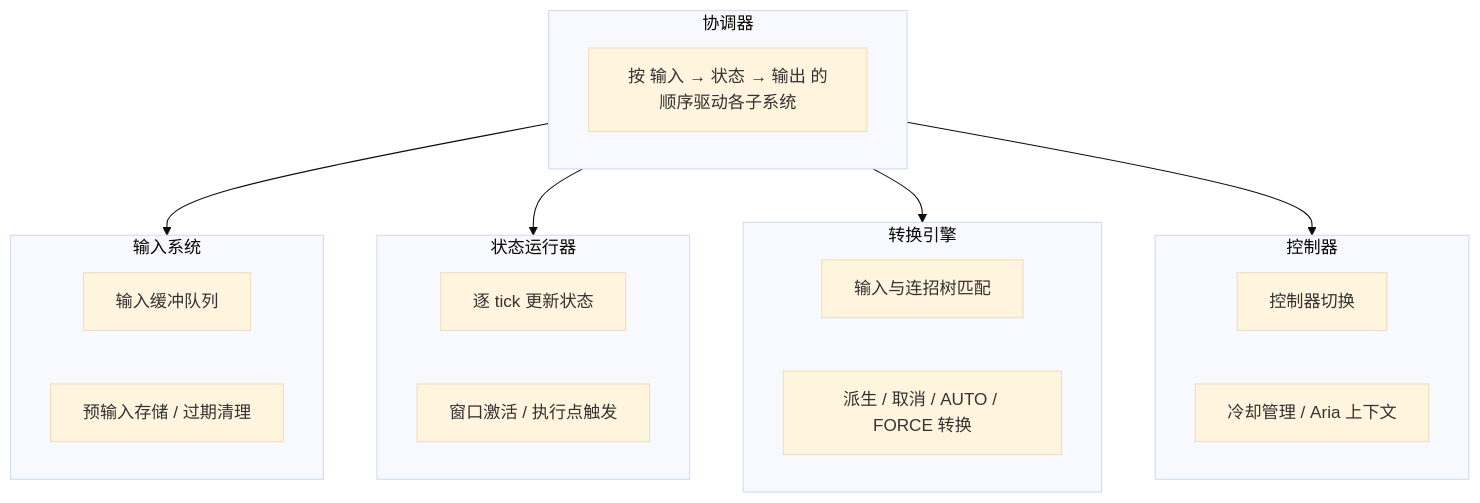
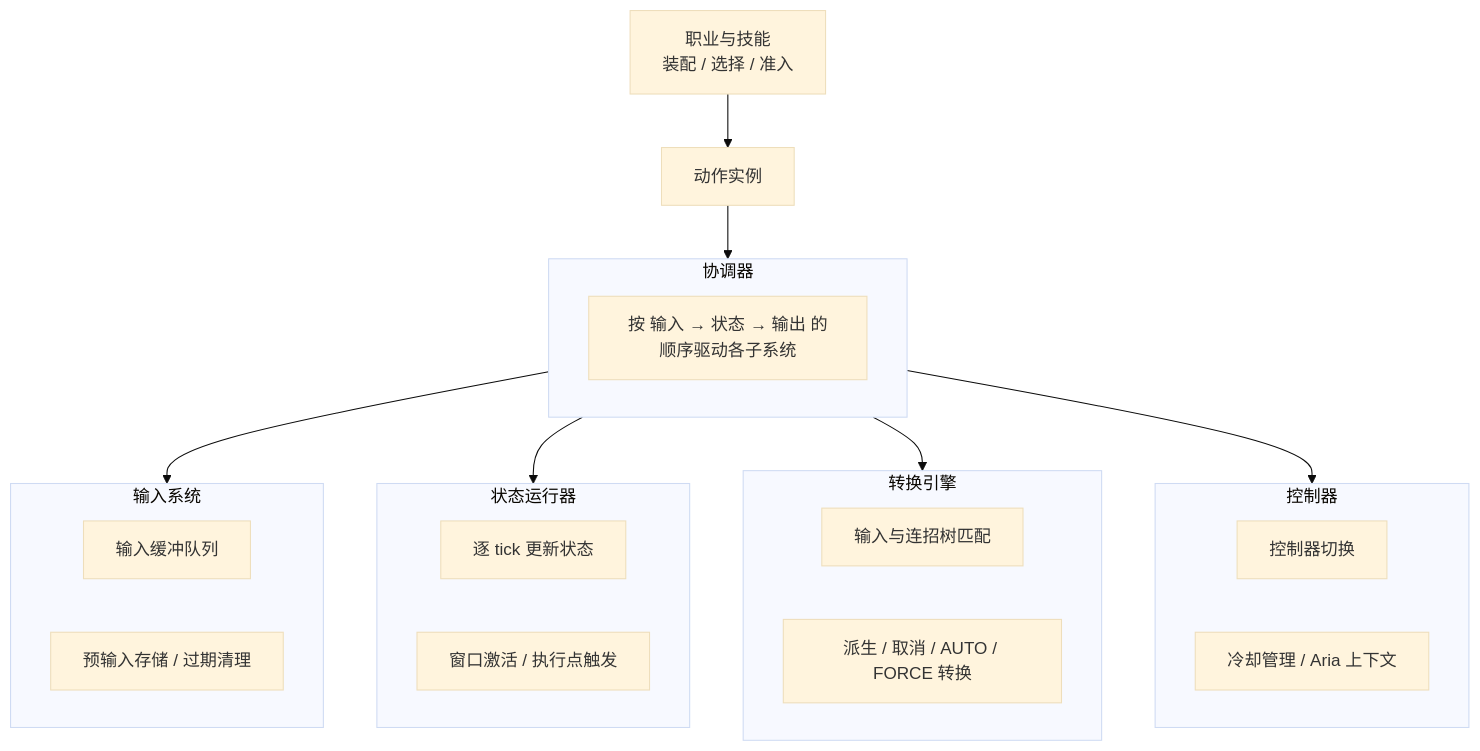
One commit to 17Artist/ArcartX-Wiki changed the second of 4 diagrams in content/docs/chronos/1_start.mdx. Above: the diagram before and after it, drawn with Mermaid (base theme). The commit also changed other lines of this file and 23 other files, not shown here.

````diff
--- a/content/docs/chronos/1_start.mdx
+++ b/content/docs/chronos/1_start.mdx
@@ -97,28 +100,30 @@
 ```mermaid
 flowchart TB
+    Profession["职业与技能<br/>装配 / 选择 / 准入"] --> Action["动作实例"]
+    Action --> Coordinator
     subgraph Coordinator["协调器"]
         P["按 输入 → 状态 → 输出 的顺序驱动各子系统"]
     end
 
     Coordinator --> InputSystem
     Coordinator --> StateRunner
     Coordinator --> TransitionEngine
     Coordinator --> ControllerSystem
 
     subgraph InputSystem["输入系统"]
         I1["输入缓冲队列"]
         I2["预输入存储 / 过期清理"]
     end
     subgraph StateRunner["状态运行器"]
         S1["逐 tick 更新状态"]
         S2["窗口激活 / 执行点触发"]
     end
     subgraph TransitionEngine["转换引擎"]
         T1["输入与连招树匹配"]
         T2["派生 / 取消 / AUTO / FORCE 转换"]
     end
     subgraph ControllerSystem["控制器"]
         C1["控制器切换"]
         C2["冷却管理 / Aria 上下文"]
     end
 ```
````
